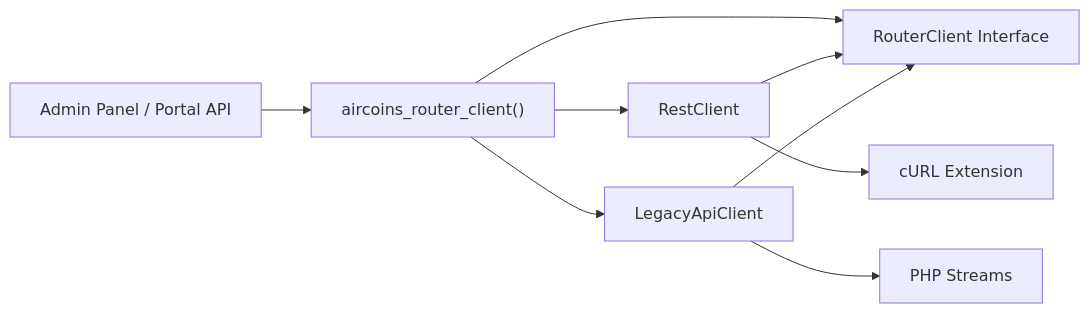
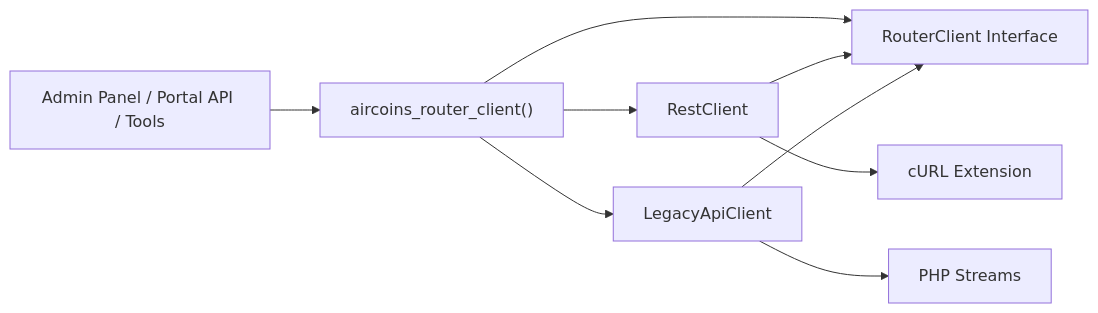
One commit to Djnirds1984/MT-CONTROLLER-PISOWIFI changed the sixth of 6 diagrams in .qoder/repowiki/en/content/RouterOS Integration/RouterClient Interface.md. Above: the diagram before and after it, drawn with Mermaid. The commit also changed other lines of this file and 45 other files, not shown here.

````diff
--- a/.qoder/repowiki/en/content/RouterOS Integration/RouterClient Interface.md
+++ b/.qoder/repowiki/en/content/RouterOS Integration/RouterClient Interface.md
@@ -347,11 +373,11 @@
 ```mermaid
 graph LR
-Consumer["Admin Panel / Portal API"] --> Factory["aircoins_router_client()"]
+Consumer["Admin Panel / Portal API / Tools"] --> Factory["aircoins_router_client()"]
 Factory --> Interface["RouterClient Interface"]
 Factory --> REST["RestClient"]
 Factory --> Legacy["LegacyApiClient"]
 REST --> Interface
 Legacy --> Interface
 REST --> Curl["cURL Extension"]
 Legacy --> Socket["PHP Streams"]
 ```
````
